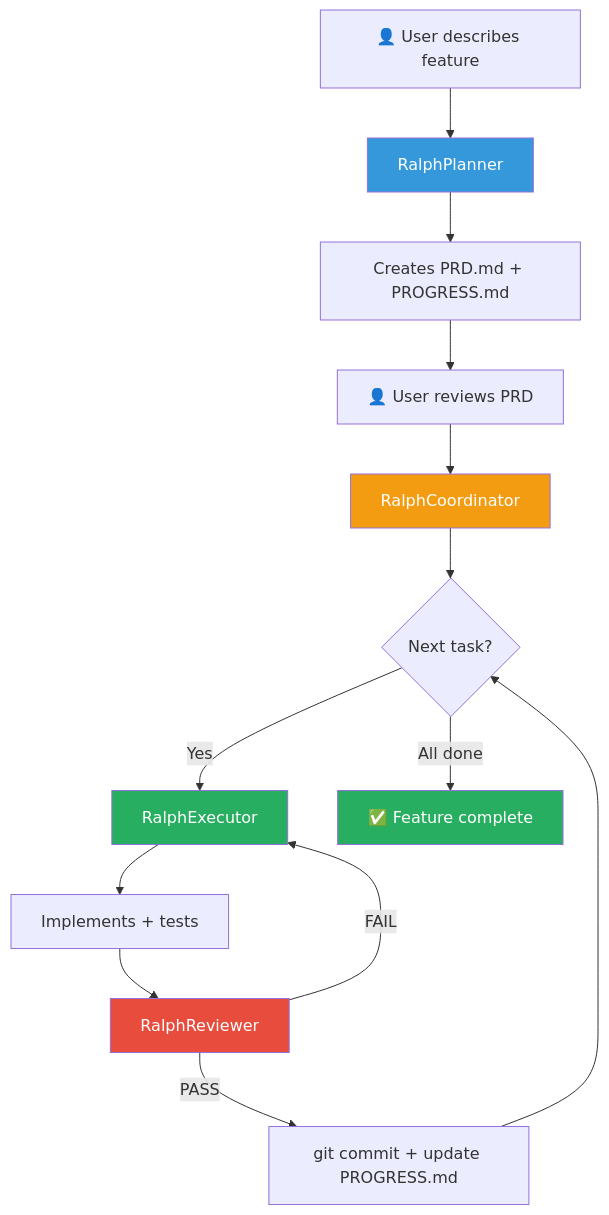
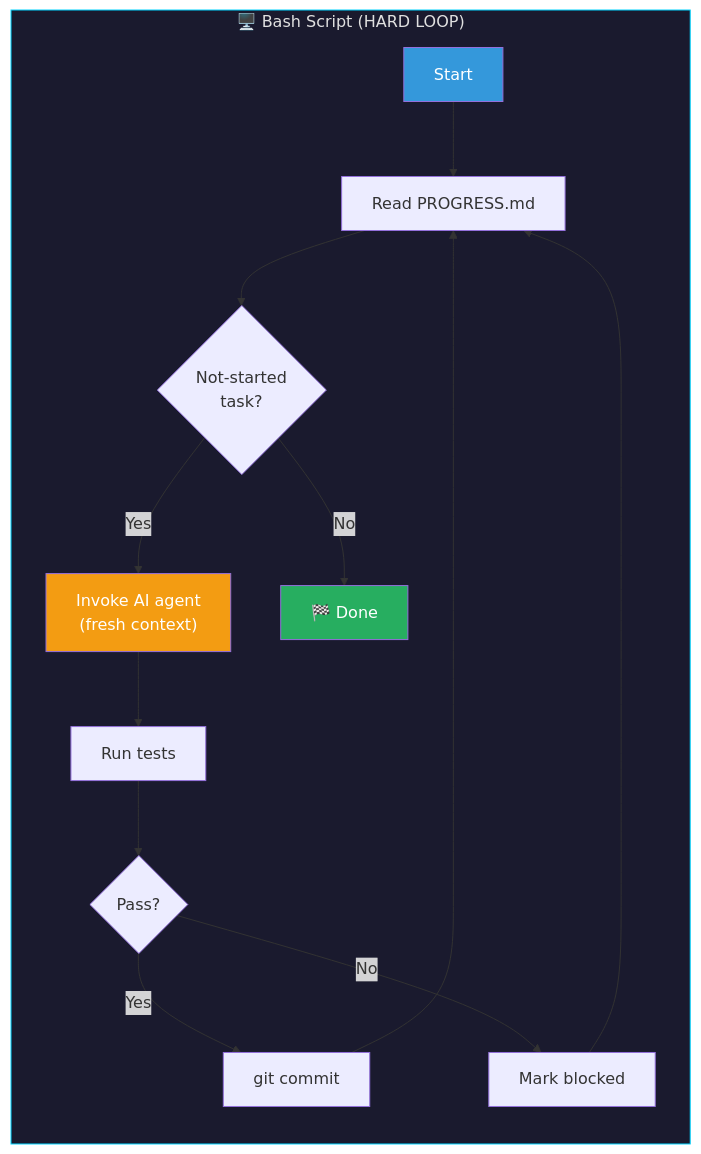
One commit to abossard/ghcp-agent-2024 changed the seventh of 10 diagrams in README.md. Above: the diagram before and after it, drawn with Mermaid. The commit also changed other lines of this file and 5 other files, not shown here.

First line of the commit message:
Enhance Ralph Reviewer and README documentation

````diff
--- a/README.md
+++ b/README.md
@@ -542,21 +400,21 @@
 ```mermaid
-flowchart TB
-    A[👤 User describes feature] --> B[RalphPlanner]
-    B --> C[Creates PRD.md + PROGRESS.md]
-    C --> D[👤 User reviews PRD]
-    D --> E[RalphCoordinator]
-    E --> F{Next task?}
-    F -->|Yes| G[RalphExecutor]
-    G --> H[Implements + tests]
-    H --> I[RalphReviewer]
-    I -->|PASS| J[git commit + update PROGRESS.md]
-    I -->|FAIL| G
-    J --> F
-    F -->|All done| K[✅ Feature complete]
+flowchart LR
+    subgraph BASH ["🖥️ Bash Script (HARD LOOP)"]
+        direction TB
+        S[Start] --> R[Read PROGRESS.md]
+        R --> C{Not-started\ntask?}
+        C -->|Yes| I["Invoke AI agent\n(fresh context)"]
+        I --> T[Run tests]
+        T --> P{Pass?}
+        P -->|Yes| G[git commit]
+        P -->|No| F[Mark blocked]
+        G --> R
+        F --> R
+        C -->|No| D[🏁 Done]
+    end
 
-    style B fill:#3498db,color:#fff
-    style E fill:#f39c12,color:#fff
-    style G fill:#27ae60,color:#fff
-    style I fill:#e74c3c,color:#fff
-    style K fill:#27ae60,color:#fff
+    style BASH fill:#1a1a2e,color:#e0e0e0,stroke:#00d4ff
+    style S fill:#3498db,color:#fff
+    style D fill:#27ae60,color:#fff
+    style I fill:#f39c12,color:#fff
 ```
````
